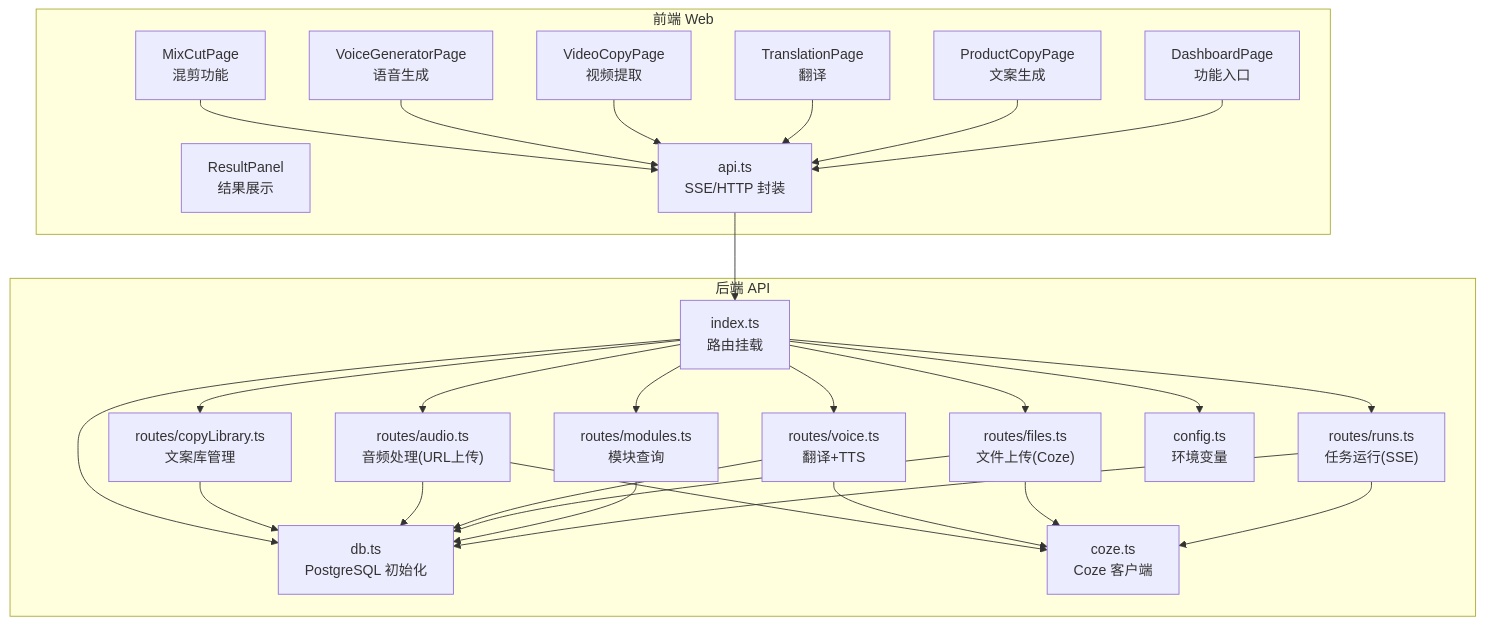
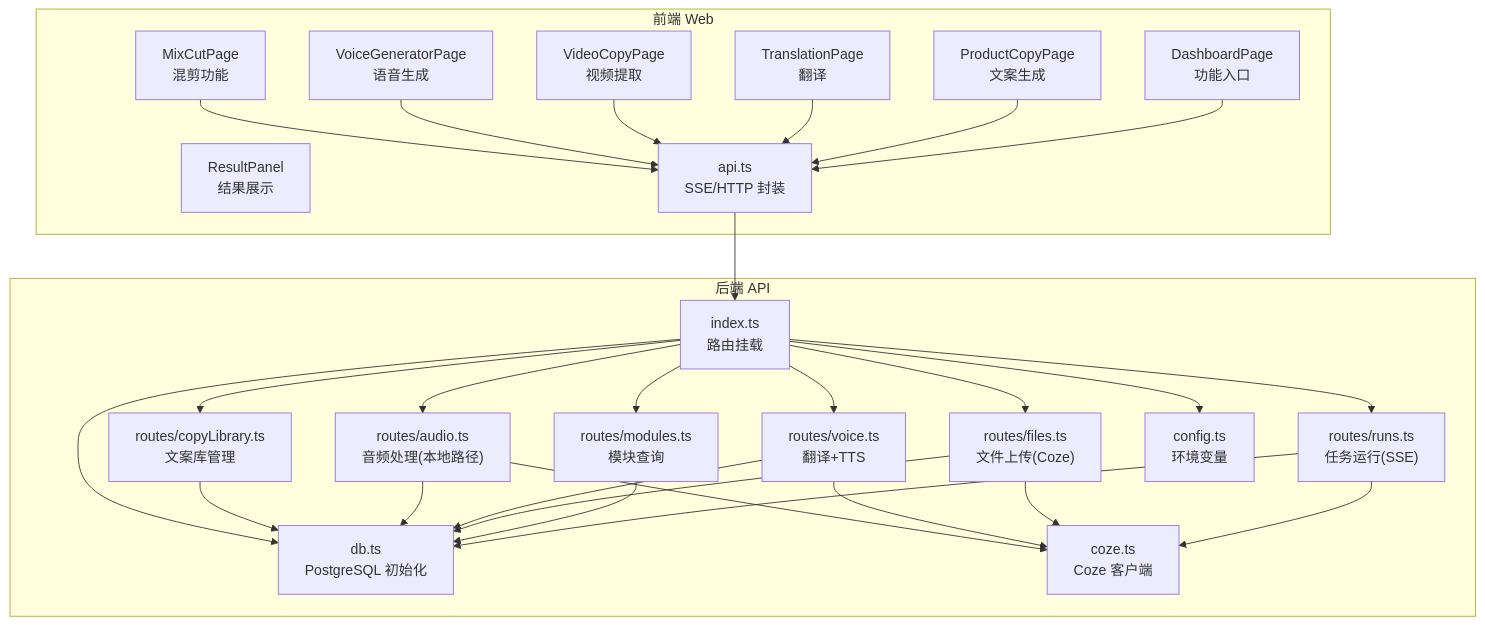
One commit to hanksd769-droid/sailshub changed the first of 11 diagrams in .qoder/repowiki/zh/content/多模态工作流模块/多模态工作流模块.md. Above: the diagram before and after it, drawn with Mermaid. The commit also changed other lines of this file and 3 other files, not shown here.

````diff
--- a/.qoder/repowiki/zh/content/多模态工作流模块/多模态工作流模块.md
+++ b/.qoder/repowiki/zh/content/多模态工作流模块/多模态工作流模块.md
@@ -68,50 +70,50 @@
 ```mermaid
 graph TB
 subgraph "前端 Web"
 FE_Dash["DashboardPage<br/>功能入口"]
 FE_Copy["ProductCopyPage<br/>文案生成"]
 FE_Trans["TranslationPage<br/>翻译"]
 FE_Video["VideoCopyPage<br/>视频提取"]
 FE_Voice["VoiceGeneratorPage<br/>语音生成"]
 FE_Mix["MixCutPage<br/>混剪功能"]
 FE_Result["ResultPanel<br/>结果展示"]
 FE_API["api.ts<br/>SSE/HTTP 封装"]
 end
 subgraph "后端 API"
 BE_Index["index.ts<br/>路由挂载"]
 BE_R_Mod["routes/modules.ts<br/>模块查询"]
 BE_R_Run["routes/runs.ts<br/>任务运行(SSE)"]
 BE_R_File["routes/files.ts<br/>文件上传(Coze)"]
 BE_R_Voice["routes/voice.ts<br/>翻译+TTS"]
-BE_R_Audio["routes/audio.ts<br/>音频处理(URL上传)"]
+BE_R_Audio["routes/audio.ts<br/>音频处理(本地路径)"]
 BE_R_Copy["routes/copyLibrary.ts<br/>文案库管理"]
 BE_DB["db.ts<br/>PostgreSQL 初始化"]
 BE_Cfg["config.ts<br/>环境变量"]
 BE_Coze["coze.ts<br/>Coze 客户端"]
 end
 FE_Dash --> FE_API
 FE_Copy --> FE_API
 FE_Trans --> FE_API
 FE_Video --> FE_API
 FE_Voice --> FE_API
 FE_Mix --> FE_API
 FE_API --> BE_Index
 BE_Index --> BE_R_Mod
 BE_Index --> BE_R_Run
 BE_Index --> BE_R_File
 BE_Index --> BE_R_Voice
 BE_Index --> BE_R_Audio
 BE_Index --> BE_R_Copy
 BE_R_Run --> BE_Coze
 BE_R_File --> BE_Coze
 BE_R_Voice --> BE_Coze
 BE_R_Audio --> BE_Coze
 BE_R_Run --> BE_DB
 BE_R_Mod --> BE_DB
 BE_R_File --> BE_DB
 BE_R_Voice --> BE_DB
 BE_R_Audio --> BE_DB
 BE_R_Copy --> BE_DB
 BE_Index --> BE_DB
 BE_Index --> BE_Cfg
 ```
````
